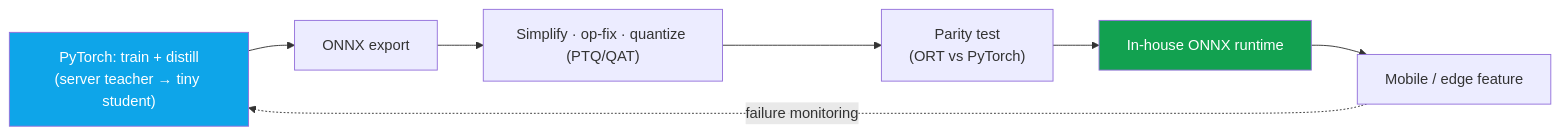
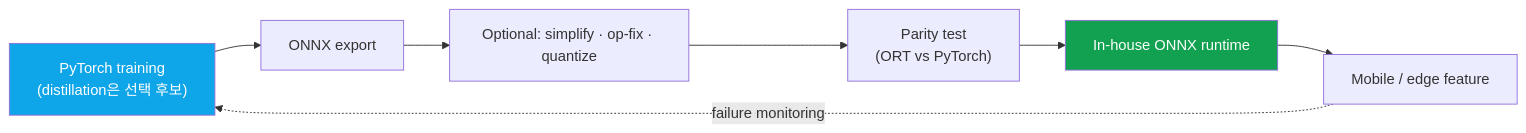
Before and after one commit to beomyoung-kim/ml_study: the diagram in content/resume/on-device-segmentation.ko.md, drawn with Mermaid. The commit also changed other lines of this file and 209 other files, not shown here.

````diff
--- a/content/resume/on-device-segmentation.ko.md
+++ b/content/resume/on-device-segmentation.ko.md
@@ -13,11 +16,11 @@
 ```mermaid
 flowchart LR
-  TRAIN["PyTorch: train + distill<br/>(server teacher → tiny student)"] --> EXP["ONNX export"]
-  EXP --> OPT["Simplify · op-fix · quantize (PTQ/QAT)"]
+  TRAIN["PyTorch training<br/>(distillation은 선택 후보)"] --> EXP["ONNX export"]
+  EXP --> OPT["Optional: simplify · op-fix · quantize"]
   OPT --> PAR["Parity test<br/>(ORT vs PyTorch)"]
   PAR --> SERVE["In-house ONNX runtime"]
   SERVE --> APP["Mobile / edge feature"]
   APP -.->|failure monitoring| TRAIN
   style TRAIN fill:#0ea5e9,color:#fff
   style SERVE fill:#12a150,color:#fff
 ```
````
